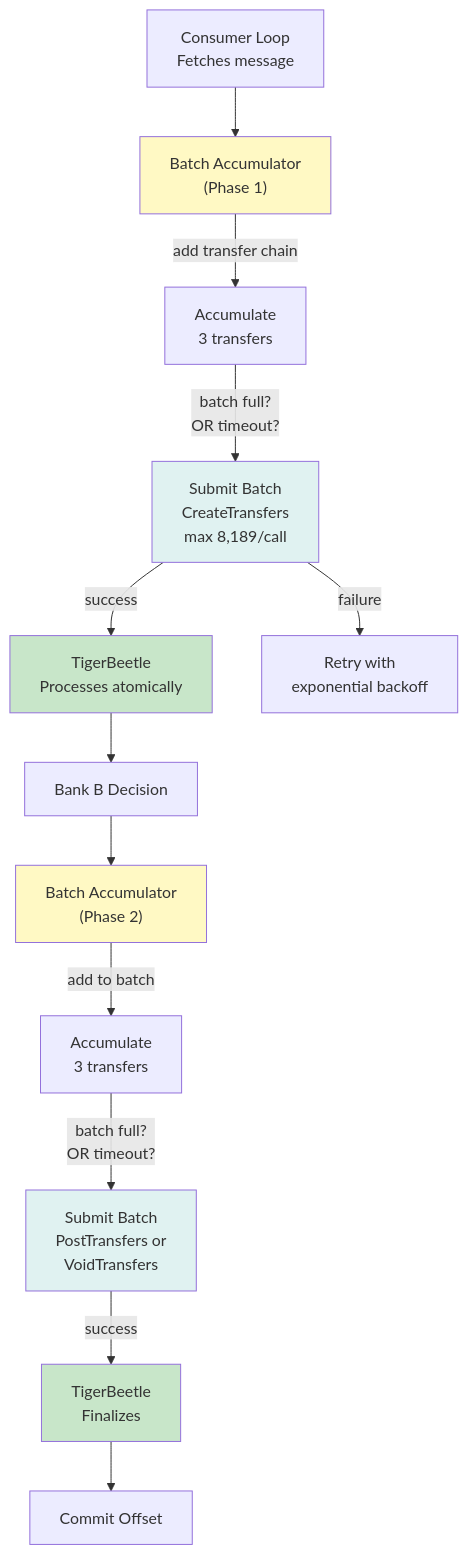
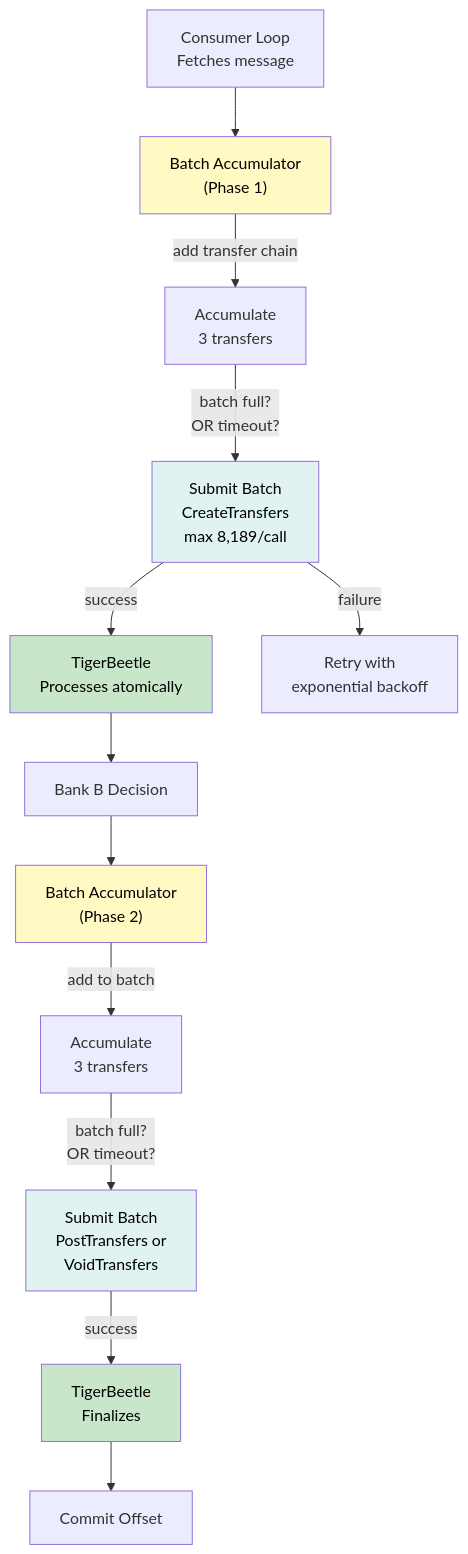
Before and after one commit to evertonstz/TigerbeetleMiniPIX: diagram 14 of 19 in ARCHITECTURE.md, drawn with Mermaid. The commit also changed other lines of this file, not shown here.

Commit message:
docs: improve Mermaid diagram text readability with dark text colors

````diff
--- a/ARCHITECTURE.md
+++ b/ARCHITECTURE.md
@@ -605,32 +605,32 @@
 ```mermaid
 graph TD
     Consumer["Consumer Loop<br/>Fetches message"]
     
     Consumer --> Batch1["Batch Accumulator<br/>(Phase 1)"]
     
     Batch1 -->|add transfer chain| Accumulate1["Accumulate<br/>3 transfers"]
     
     Accumulate1 -->|batch full?<br/>OR timeout?| Submit1["Submit Batch<br/>CreateTransfers<br/>max 8,189/call"]
     
     Submit1 -->|success| TB1["TigerBeetle<br/>Processes atomically"]
     Submit1 -->|failure| Retry1["Retry with<br/>exponential backoff"]
     
     TB1 --> Decision["Bank B Decision"]
     
     Decision --> Batch2["Batch Accumulator<br/>(Phase 2)"]
     
     Batch2 -->|add to batch| Accumulate2["Accumulate<br/>3 transfers"]
     
     Accumulate2 -->|batch full?<br/>OR timeout?| Submit2["Submit Batch<br/>PostTransfers or<br/>VoidTransfers"]
     
     Submit2 -->|success| TB2["TigerBeetle<br/>Finalizes"]
     
     TB2 --> Commit["Commit Offset"]
     
-    style Batch1 fill:#fff9c4
-    style Submit1 fill:#e0f2f1
-    style TB1 fill:#c8e6c9
-    style Batch2 fill:#fff9c4
-    style Submit2 fill:#e0f2f1
-    style TB2 fill:#c8e6c9
+    style Batch1 fill:#fff9c4,color:#000
+    style Submit1 fill:#e0f2f1,color:#000
+    style TB1 fill:#c8e6c9,color:#000
+    style Batch2 fill:#fff9c4,color:#000
+    style Submit2 fill:#e0f2f1,color:#000
+    style TB2 fill:#c8e6c9,color:#000
 ```
````
